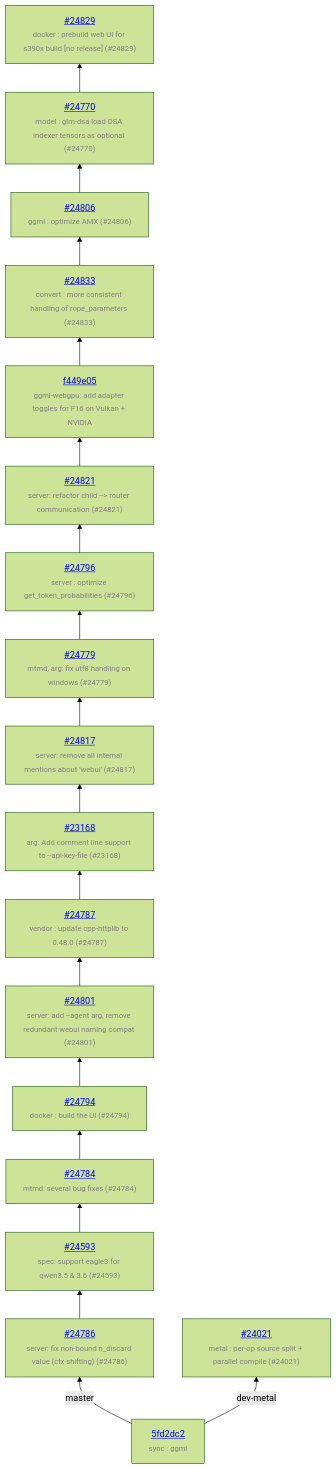
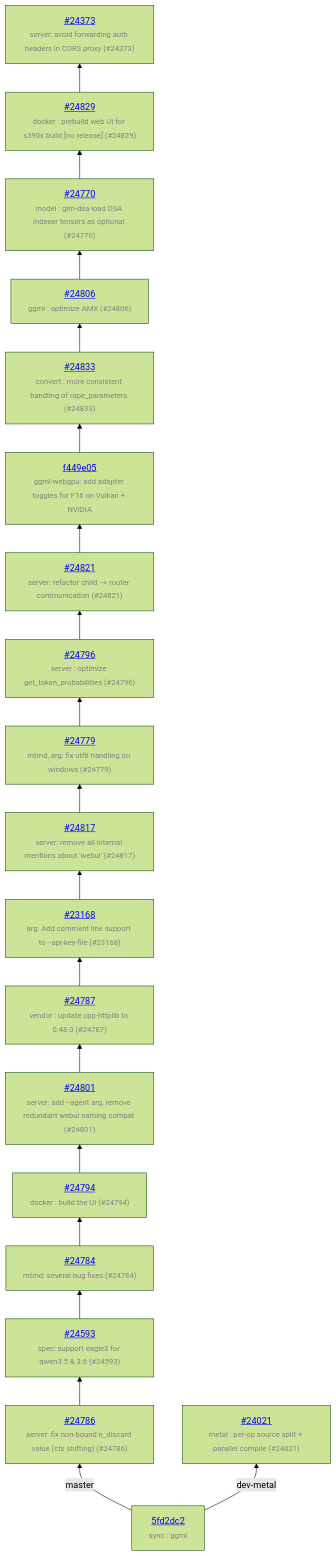
Before and after one commit to ggml-org/llama.cpp-dev: the diagram in README.md, drawn with Mermaid (forest theme). The commit also changed other lines of this file and 1 other file, not shown here.

Commit message:
auto: update

````diff
--- a/README.md
+++ b/README.md
@@ -13,38 +13,40 @@
 ```mermaid
 graph BT
     COMMON["<a href='https://github.com/ggml-org/llama.cpp/commit/5fd2dc2c41c342a75c26f9756ca6b1814ed05fb4'>5fd2dc2</a><br/><span style='font-size:smaller;color:gray'>sync : ggml</span>"]
     COMMON -->|master| C_159d093
     C_159d093["<a href='https://github.com/ggml-org/llama.cpp/pull/24786'>#24786</a><br/><span style='font-size:smaller;color:gray'>server: fix non-bound n_discard value (ctx shifting) (#24786)</span>"]
     C_159d093 --> C_b14e3fb
     C_b14e3fb["<a href='https://github.com/ggml-org/llama.cpp/pull/24593'>#24593</a><br/><span style='font-size:smaller;color:gray'>spec: support eagle3 for qwen3.5 & 3.6 (#24593)</span>"]
     C_b14e3fb --> C_e2e7a9b
     C_e2e7a9b["<a href='https://github.com/ggml-org/llama.cpp/pull/24784'>#24784</a><br/><span style='font-size:smaller;color:gray'>mtmd: several bug fixes (#24784)</span>"]
     C_e2e7a9b --> C_38724ab
     C_38724ab["<a href='https://github.com/ggml-org/llama.cpp/pull/24794'>#24794</a><br/><span style='font-size:smaller;color:gray'>docker : build the UI (#24794)</span>"]
     C_38724ab --> C_8c2d6f6
     C_8c2d6f6["<a href='https://github.com/ggml-org/llama.cpp/pull/24801'>#24801</a><br/><span style='font-size:smaller;color:gray'>server: add --agent arg, remove redundant webui naming compat (#24801)</span>"]
     C_8c2d6f6 --> C_0d2d9cc
     C_0d2d9cc["<a href='https://github.com/ggml-org/llama.cpp/pull/24787'>#24787</a><br/><span style='font-size:smaller;color:gray'>vendor : update cpp-httplib to 0.48.0 (#24787)</span>"]
     C_0d2d9cc --> C_fabde3b
     C_fabde3b["<a href='https://github.com/ggml-org/llama.cpp/pull/23168'>#23168</a><br/><span style='font-size:smaller;color:gray'>arg: Add comment line support to --api-key-file (#23168)</span>"]
     C_fabde3b --> C_175147e
     C_175147e["<a href='https://github.com/ggml-org/llama.cpp/pull/24817'>#24817</a><br/><span style='font-size:smaller;color:gray'>server: remove all internal mentions about 'webui' (#24817)</span>"]
     C_175147e --> C_e475fa2
     C_e475fa2["<a href='https://github.com/ggml-org/llama.cpp/pull/24779'>#24779</a><br/><span style='font-size:smaller;color:gray'>mtmd, arg: fix utf8 handling on windows (#24779)</span>"]
     C_e475fa2 --> C_4b48a53
     C_4b48a53["<a href='https://github.com/ggml-org/llama.cpp/pull/24796'>#24796</a><br/><span style='font-size:smaller;color:gray'>server : optimize get_token_probabilities (#24796)</span>"]
     C_4b48a53 --> C_2b686a9
     C_2b686a9["<a href='https://github.com/ggml-org/llama.cpp/pull/24821'>#24821</a><br/><span style='font-size:smaller;color:gray'>server: refactor child --> router communication (#24821)</span>"]
     C_2b686a9 --> C_f449e05
     C_f449e05["<a href='https://github.com/ggml-org/llama.cpp/commit/f449e05'>f449e05</a><br/><span style='font-size:smaller;color:gray'>ggml-webgpu: add adapter toggles for F16 on Vulkan + NVIDIA</span>"]
     C_f449e05 --> C_f4043fe
     C_f4043fe["<a href='https://github.com/ggml-org/llama.cpp/pull/24833'>#24833</a><br/><span style='font-size:smaller;color:gray'>convert : more consistent handling of rope_parameters (#24833)</span>"]
     C_f4043fe --> C_37a77fb
     C_37a77fb["<a href='https://github.com/ggml-org/llama.cpp/pull/24806'>#24806</a><br/><span style='font-size:smaller;color:gray'>ggml : optimize AMX (#24806)</span>"]
     C_37a77fb --> C_796f41b
     C_796f41b["<a href='https://github.com/ggml-org/llama.cpp/pull/24770'>#24770</a><br/><span style='font-size:smaller;color:gray'>model : glm-dsa load DSA indexer tensors as optional (#24770)</span>"]
     C_796f41b --> C_67e9fd3
     C_67e9fd3["<a href='https://github.com/ggml-org/llama.cpp/pull/24829'>#24829</a><br/><span style='font-size:smaller;color:gray'>docker : prebuild web UI for s390x build [no release] (#24829)</span>"]
+    C_67e9fd3 --> C_e27f308
+    C_e27f308["<a href='https://github.com/ggml-org/llama.cpp/pull/24373'>#24373</a><br/><span style='font-size:smaller;color:gray'>server: avoid forwarding auth headers in CORS proxy (#24373)</span>"]
     COMMON -->|dev-metal| C_5d3eb99
     C_5d3eb99["<a href='https://github.com/ggml-org/llama.cpp/pull/24021'>#24021</a><br/><span style='font-size:smaller;color:gray'>metal : per-op source split + parallel compile (#24021)</span>"]
 ```
````
